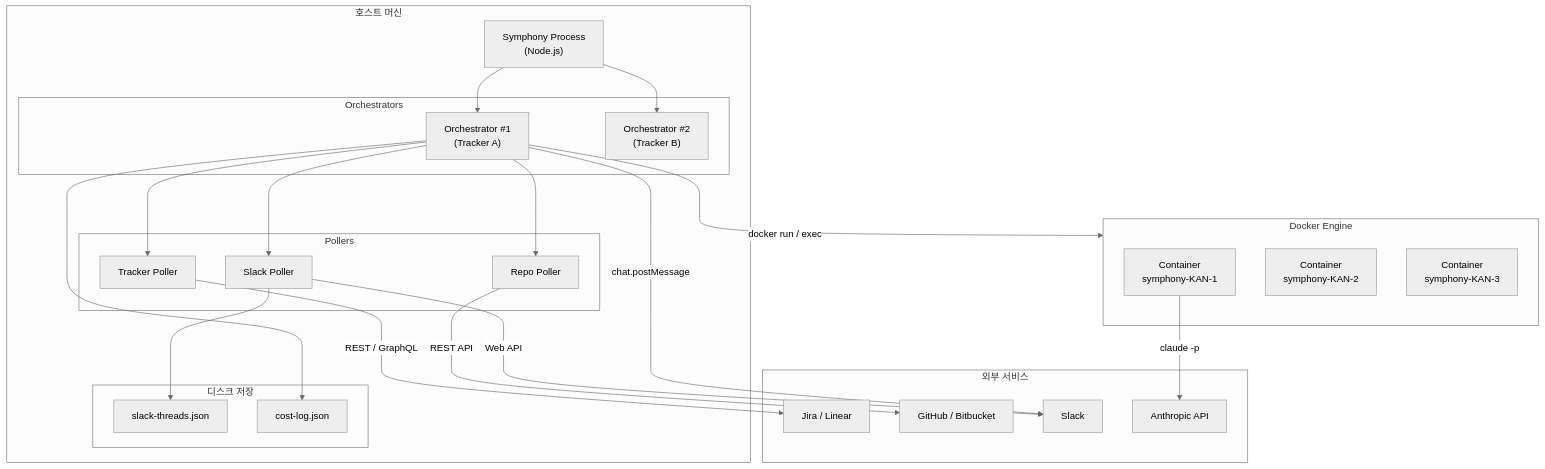
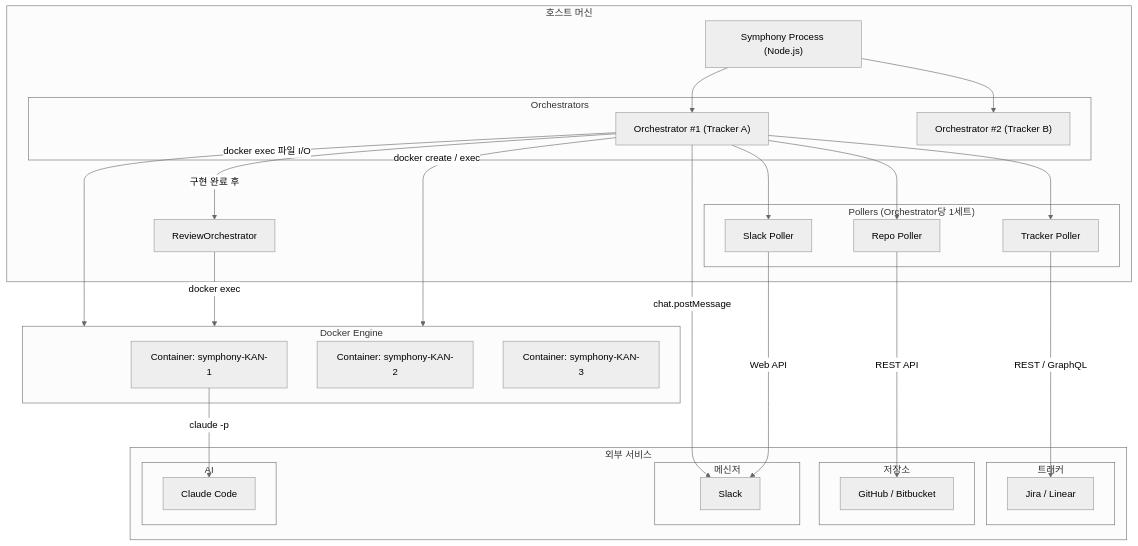
The first of 5 diagrams in docs/ARCHITECTURE.md (gmae199boy/symphony-ts), drawn with Mermaid (neutral theme) before and after one commit. The commit also changed other lines of this file and 62 other files, not shown here.

````diff
--- a/docs/ARCHITECTURE.md
+++ b/docs/ARCHITECTURE.md
@@ -9,50 +9,56 @@
 ```mermaid
 graph TB
     subgraph Host["호스트 머신"]
-        SYM["Symphony Process<br/>(Node.js)"]
+        SYM["Symphony Process (Node.js)"]
 
         subgraph OCs["Orchestrators"]
-            OC1["Orchestrator #1<br/>(Tracker A)"]
-            OC2["Orchestrator #2<br/>(Tracker B)"]
+            OC1["Orchestrator #1 (Tracker A)"]
+            OC2["Orchestrator #2 (Tracker B)"]
         end
 
-        subgraph Pollers["Pollers"]
+        subgraph Pollers["Pollers (Orchestrator당 1세트)"]
             TP["Tracker Poller"]
             RP["Repo Poller"]
             SP["Slack Poller"]
         end
 
-        subgraph Persistence["디스크 저장"]
-            ST["slack-threads.json"]
-            CL["cost-log.json"]
-        end
+        REV["ReviewOrchestrator"]
 
         SYM --> OC1
         SYM --> OC2
         OC1 --> TP
         OC1 --> RP
         OC1 --> SP
-        SP --> ST
-        OC1 --> CL
+        OC1 -->|구현 완료 후| REV
     end
 
     subgraph Docker["Docker Engine"]
-        C1["Container<br/>symphony-KAN-1"]
-        C2["Container<br/>symphony-KAN-2"]
-        C3["Container<br/>symphony-KAN-3"]
+        C1["Container: symphony-KAN-1"]
+        C2["Container: symphony-KAN-2"]
+        C3["Container: symphony-KAN-3"]
     end
 
     subgraph External["외부 서비스"]
-        JIRA["Jira / Linear"]
-        GH["GitHub / Bitbucket"]
-        SLACK["Slack"]
-        CLAUDE_API["Anthropic API"]
+        subgraph ExtTracker["트래커"]
+            JIRA["Jira / Linear"]
+        end
+        subgraph ExtRepo["저장소"]
+            GH["GitHub / Bitbucket"]
+        end
+        subgraph ExtMessenger["메신저"]
+            SLACK["Slack"]
+        end
+        subgraph ExtAI["AI"]
+            CLAUDE_CODE["Claude Code"]
+        end
     end
 
-    OC1 -- "docker run / exec" --> Docker
-    C1 -- "claude -p" --> CLAUDE_API
+    OC1 -- "docker create / exec" --> Docker
+    REV -- "docker exec" --> Docker
+    C1 -- "claude -p" --> CLAUDE_CODE
     TP -- "REST / GraphQL" --> JIRA
     RP -- "REST API" --> GH
     SP -- "Web API" --> SLACK
     OC1 -- "chat.postMessage" --> SLACK
+    OC1 -- "docker exec 파일 I/O" --> Docker
 ```
````
